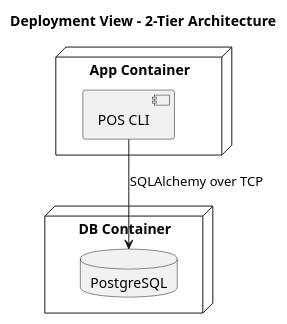
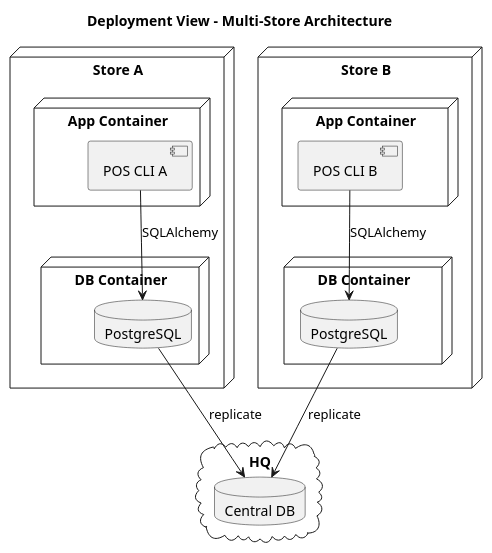
One commit to Sersium/log430lab123 changed the diagram in docs/UML/deployment_view.puml. Above: the diagram before and after it, drawn with PlantUML. The commit also changed 4 other files, not shown here.

Commit message:
Fix diagram issues

```diff
--- a/docs/UML/deployment_view.puml
+++ b/docs/UML/deployment_view.puml
@@ -1,13 +1,30 @@
 @startuml deployment_view
-title Deployment View - 2-Tier Architecture
+title Deployment View - Multi-Store Architecture
 
-node "App Container" as App {
-    component "POS CLI" as POS_CLI
+node "Store A" {
+    node "App Container" as AppA {
+        component "POS CLI A" as POS_A
+    }
+    node "DB Container" as DBA {
+        database "PostgreSQL" as DB_A
+    }
+    POS_A --> DB_A : SQLAlchemy
 }
 
-node "DB Container" as DB {
-    database "PostgreSQL" as POSTGRES_DB
+node "Store B" {
+    node "App Container" as AppB {
+        component "POS CLI B" as POS_B
+    }
+    node "DB Container" as DBB {
+        database "PostgreSQL" as DB_B
+    }
+    POS_B --> DB_B : SQLAlchemy
 }
 
-POS_CLI --> POSTGRES_DB : SQLAlchemy over TCP
+cloud "HQ" {
+    database "Central DB" as HQ_DB
+}
+
+DB_A --> HQ_DB : replicate
+DB_B --> HQ_DB : replicate
 @enduml
```
